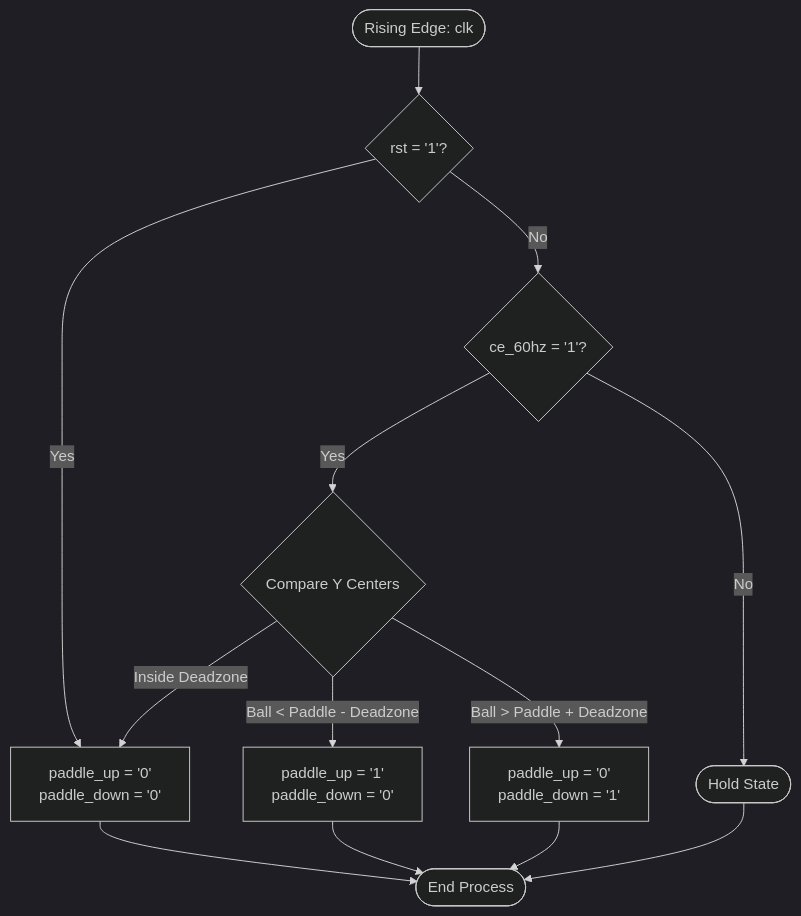
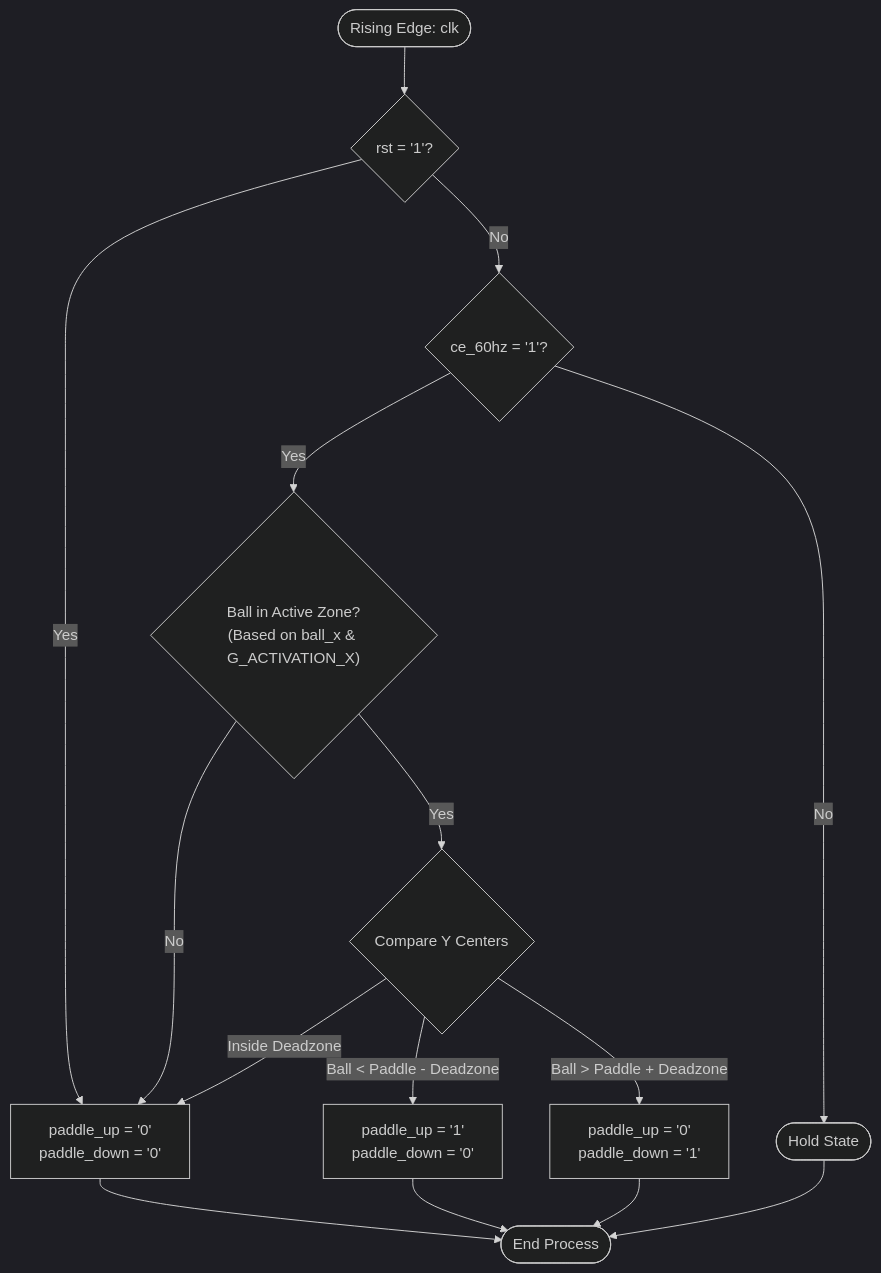
The diagram in .github/PONG_AI.md (Tomer27cz/vga_vhdl), drawn with Mermaid (dark theme) before and after one commit. The commit also changed other lines of this file, not shown here.

````diff
--- a/.github/PONG_AI.md
+++ b/.github/PONG_AI.md
@@ -33,18 +46,21 @@
 ```mermaid
 flowchart TD
     START([Rising Edge: clk]) --> RST{"rst = '1'?"}
     RST -- Yes --> RESET_STATE["paddle_up = '0'\npaddle_down = '0'"]
     RST -- No --> CE{"ce_60hz = '1'?"}
     
     CE -- No --> IDLE([Hold State])
-    CE -- Yes --> COMP{"Compare Y Centers"}
+    CE -- Yes --> ACTIVE{"Ball in Active Zone?\n(Based on ball_x & G_ACTIVATION_X)"}
+    
+    ACTIVE -- No --> RESET_STATE
+    ACTIVE -- Yes --> COMP{"Compare Y Centers"}
     
     COMP -->|Ball < Paddle - Deadzone| MOVE_UP["paddle_up = '1'\npaddle_down = '0'"]
     COMP -->|Ball > Paddle + Deadzone| MOVE_DOWN["paddle_up = '0'\npaddle_down = '1'"]
     COMP -->|Inside Deadzone| RESET_STATE
     
     RESET_STATE --> END([End Process])
     MOVE_UP --> END
     MOVE_DOWN --> END
     IDLE --> END
 ```
````
